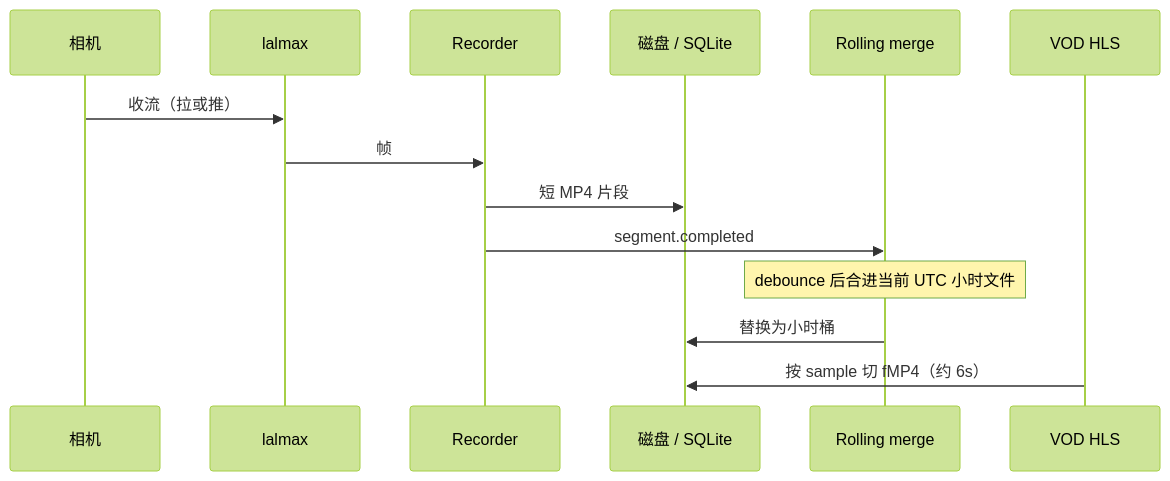
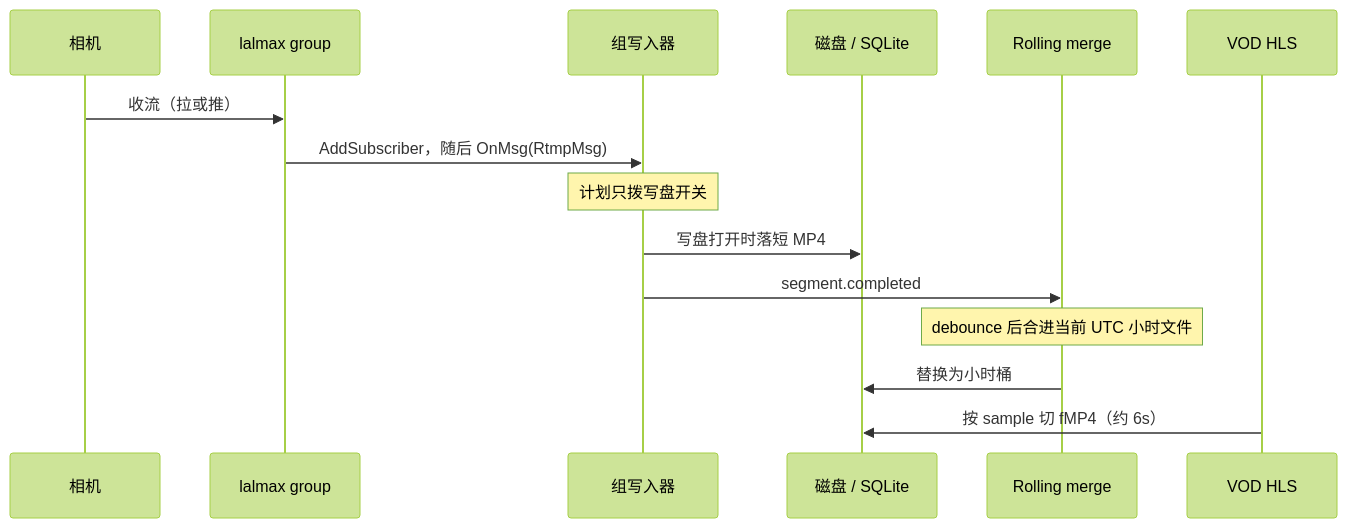
The fifth of 7 diagrams in docs/zh/architecture.md (lalmax-pro/lalmax-nvr), drawn with Mermaid (forest theme) before and after one commit. The commit also changed other lines of this file and 3 other files, not shown here.

First line of the commit message:
docs: align README and architecture with the group writer

````diff
--- a/docs/zh/architecture.md
+++ b/docs/zh/architecture.md
@@ -148,17 +148,18 @@
 ```mermaid
 sequenceDiagram
   participant Cam as 相机
-  participant Lal as lalmax
-  participant Rec as Recorder
+  participant Group as lalmax group
+  participant Rec as 组写入器
   participant Disk as 磁盘 / SQLite
   participant Roll as Rolling merge
   participant VOD as VOD HLS
 
-  Cam->>Lal: 收流（拉或推）
-  Lal->>Rec: 帧
-  Rec->>Disk: 短 MP4 片段
+  Cam->>Group: 收流（拉或推）
+  Group->>Rec: AddSubscriber，随后 OnMsg(RtmpMsg)
+  Note over Rec: 计划只拨写盘开关
+  Rec->>Disk: 写盘打开时落短 MP4
   Rec->>Roll: segment.completed
   Note over Roll: debounce 后合进当前 UTC 小时文件
   Roll->>Disk: 替换为小时桶
   VOD->>Disk: 按 sample 切 fMP4（约 6s）
 ```
````
